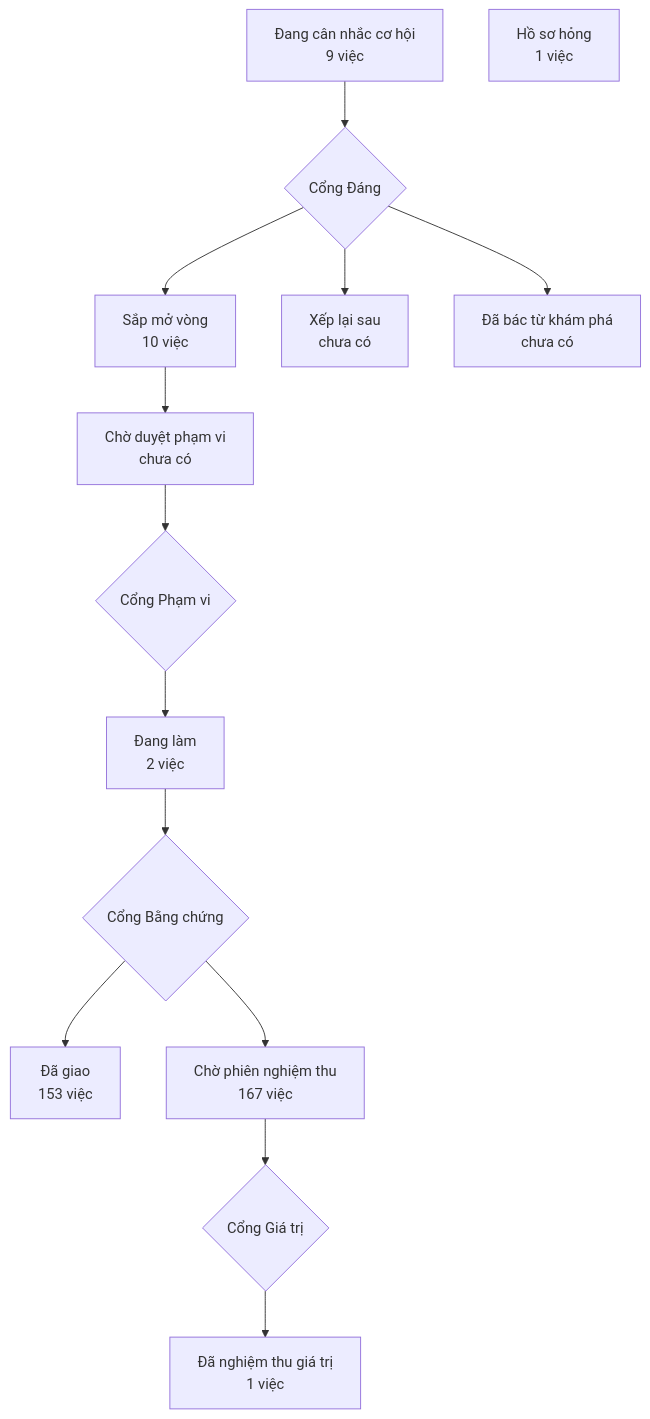
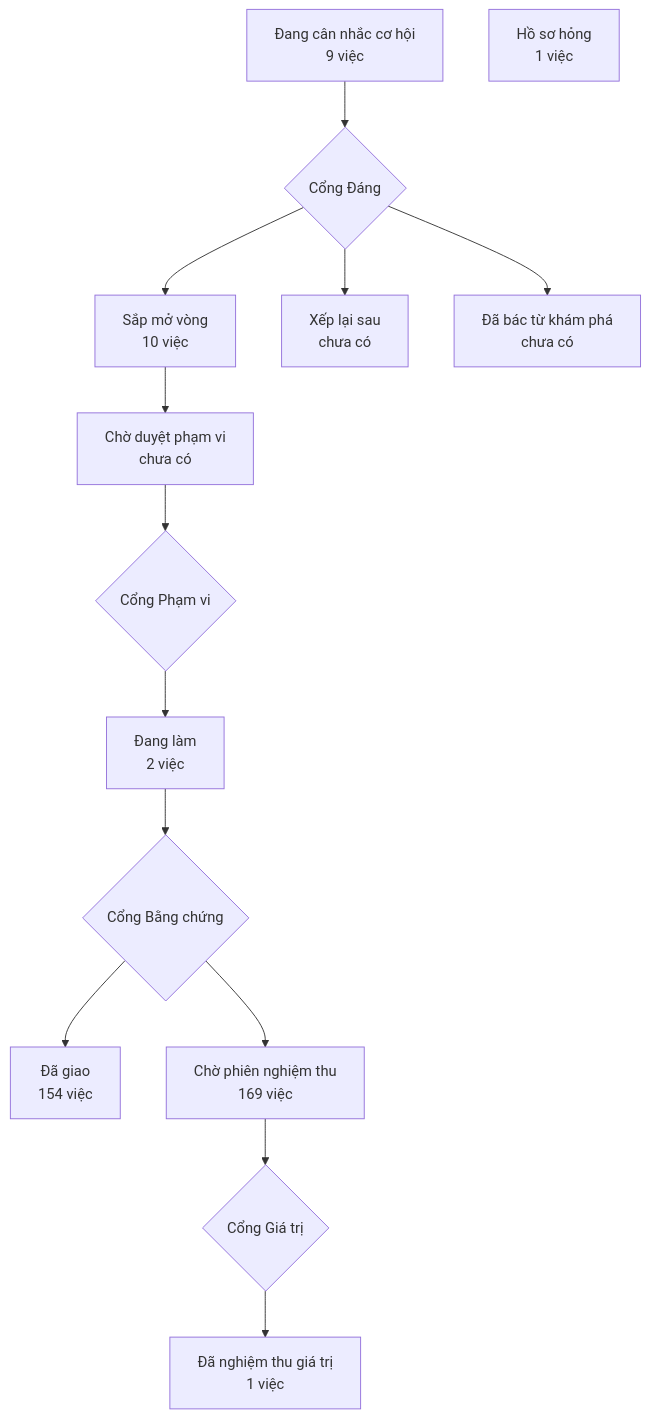
The diagram in PRODUCT-MAP.md (phanlemanh/crm-onehub), drawn with Mermaid before and after one commit. The commit also changed other lines of this file and 1 other file, not shown here.

Commit message:
docs(moi-kr-ca-cong-ty): vẽ lại bản đồ sau S4 vòng 3

````diff
--- a/PRODUCT-MAP.md
+++ b/PRODUCT-MAP.md
@@ -7,13 +7,13 @@
 ```mermaid
 flowchart TD
   A["Đang cân nhắc cơ hội<br/>9 việc"] --> GD{"Cổng Đáng"}
   GD --> B["Sắp mở vòng<br/>10 việc"]
   GD --> XL["Xếp lại sau<br/>chưa có"]
   GD --> DB["Đã bác từ khám phá<br/>chưa có"]
   B --> CD["Chờ duyệt phạm vi<br/>chưa có"] --> GP{"Cổng Phạm vi"}
   GP --> DL["Đang làm<br/>2 việc"] --> GB{"Cổng Bằng chứng"}
-  GB --> DG["Đã giao<br/>153 việc"]
-  GB --> CN["Chờ phiên nghiệm thu<br/>167 việc"] --> GG{"Cổng Giá trị"}
+  GB --> DG["Đã giao<br/>154 việc"]
+  GB --> CN["Chờ phiên nghiệm thu<br/>169 việc"] --> GG{"Cổng Giá trị"}
   GG --> NT["Đã nghiệm thu giá trị<br/>1 việc"]
   HS["Hồ sơ hỏng<br/>1 việc"]
 ```
````
